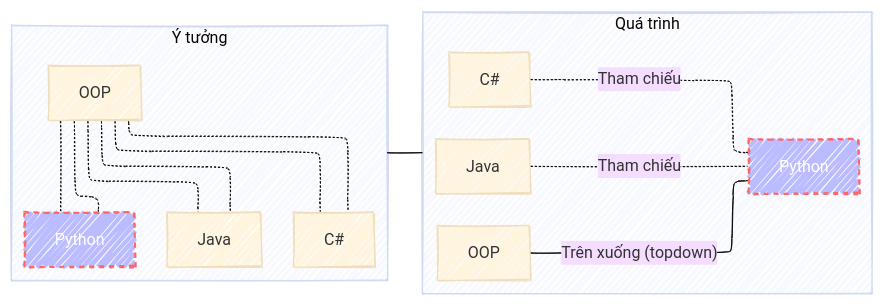
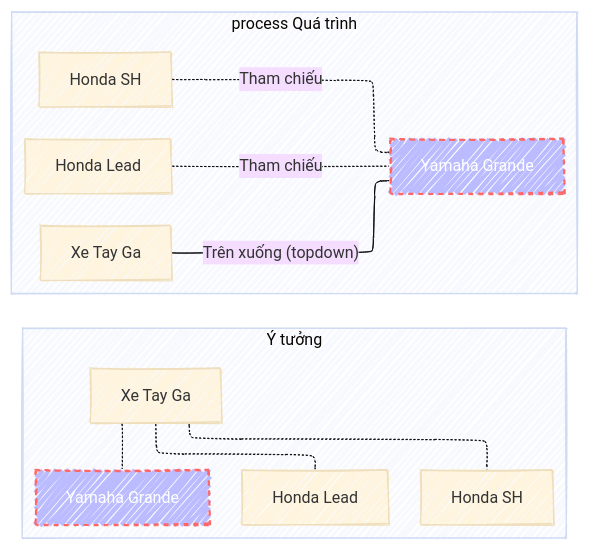
The second of 3 diagrams in _posts/2024-06-20-cay-kien-thuc.md (laiduyha/wei-he), drawn with Mermaid (base theme) before and after one commit. The commit also changed other lines of this file, not shown here.

````diff
--- a/_posts/2024-06-20-cay-kien-thuc.md
+++ b/_posts/2024-06-20-cay-kien-thuc.md
@@ -94,42 +92,37 @@
 ```mermaid
 ---
 config:
   layout: elk
   look: handDrawn
 ---
 
 flowchart LR
-  subgraph concept[Ý tưởng]
+ subgraph Ý tưởng
     direction TB
-    OOP[OOP]
-    Java[Java]
-    C#[C#]
-    Python[Python]
+    tayga[Xe Tay Ga]
+    lead[Honda Lead]
+    sh[Honda SH]
+    grande[Yamaha Grande]
 
-    OOP-.-Java
-    OOP-.-C#
-    OOP-.-Python
+    tayga-.-lead
+    tayga-.-sh
+    tayga-.-grande
 
-    style Python fill:#bbf,stroke:#f66,stroke-width:2px,color:#fff,stroke-dasharray: 5 5
+    style grande fill:#bbf,stroke:#f66,stroke-width:2px,color:#fff,stroke-dasharray: 5 5
   end
 
-  subgraph process[Quá trình]
+  subgraph process Quá trình
     direction LR
-    OOP2[OOP]
-    Java2[Java]
-    C#2[C#]
-    Python2[Python]
+    tayga2[Xe Tay Ga]
+    lead2[Honda Lead]
+    sh2[Honda SH]
+    grande2[Yamaha Grande]
 
-    OOP-.-Java
-    OOP-.-C#
-    OOP-.-Python
-    OOP2-- Trên xuống (topdown) ---Python2
+    tayga2-- Trên xuống (topdown) ---grande2
 
-    Java2-. Tham chiếu .-Python2
-    C#2-.Tham chiếu .-Python2
+    lead2-. Tham chiếu .-grande2
+    sh2-.Tham chiếu .-grande2
 
-    style Python2 fill:#bbf,stroke:#f66,stroke-width:2px,color:#fff,stroke-dasharray: 5 5
+    style grande2 fill:#bbf,stroke:#f66,stroke-width:2px,color:#fff,stroke-dasharray: 5 5
   end
-
-  concept---process
 ```
````
